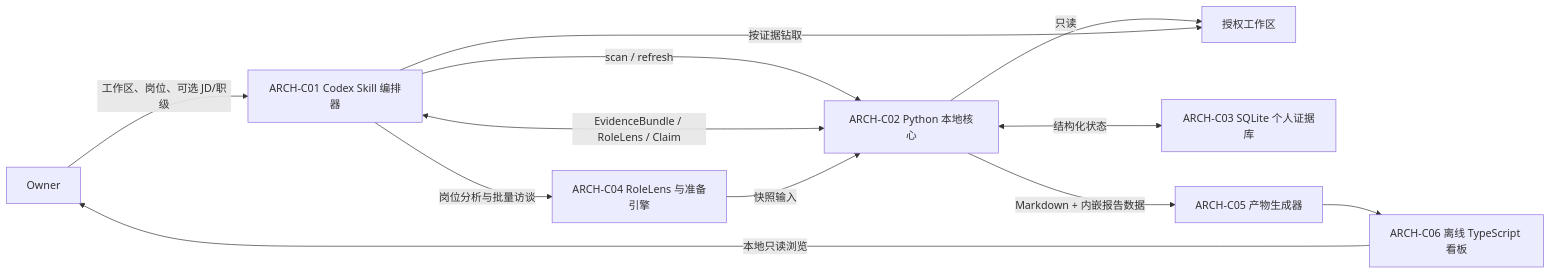
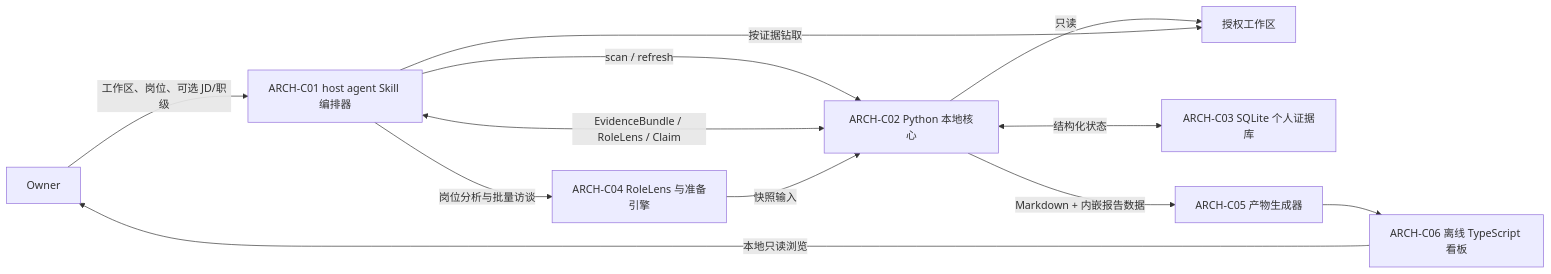
One commit to Winnie1014/GoodJob changed the diagram in docs/20-architecture/system-design.md. Above: the diagram before and after it, drawn with Mermaid. The commit also changed other lines of this file and 27 other files, not shown here.

````diff
--- a/docs/20-architecture/system-design.md
+++ b/docs/20-architecture/system-design.md
@@ -14,14 +14,14 @@
 ```mermaid
 flowchart LR
-    U["Owner"] -->|"工作区、岗位、可选 JD/职级"| S["ARCH-C01 Codex Skill 编排器"]
+    U["Owner"] -->|"工作区、岗位、可选 JD/职级"| S["ARCH-C01 host agent Skill 编排器"]
     S -->|"scan / refresh"| P["ARCH-C02 Python 本地核心"]
     P -->|"只读"| W["授权工作区"]
     P <-->|"结构化状态"| DB["ARCH-C03 SQLite 个人证据库"]
     S <-->|"EvidenceBundle / RoleLens / Claim"| P
     S -->|"按证据钻取"| W
     S -->|"岗位分析与批量访谈"| R["ARCH-C04 RoleLens 与准备引擎"]
     R -->|"快照输入"| P
     P -->|"Markdown + 内嵌报告数据"| A["ARCH-C05 产物生成器"]
     A --> H["ARCH-C06 离线 TypeScript 看板"]
     H -->|"本地只读浏览"| U
 ```
````
